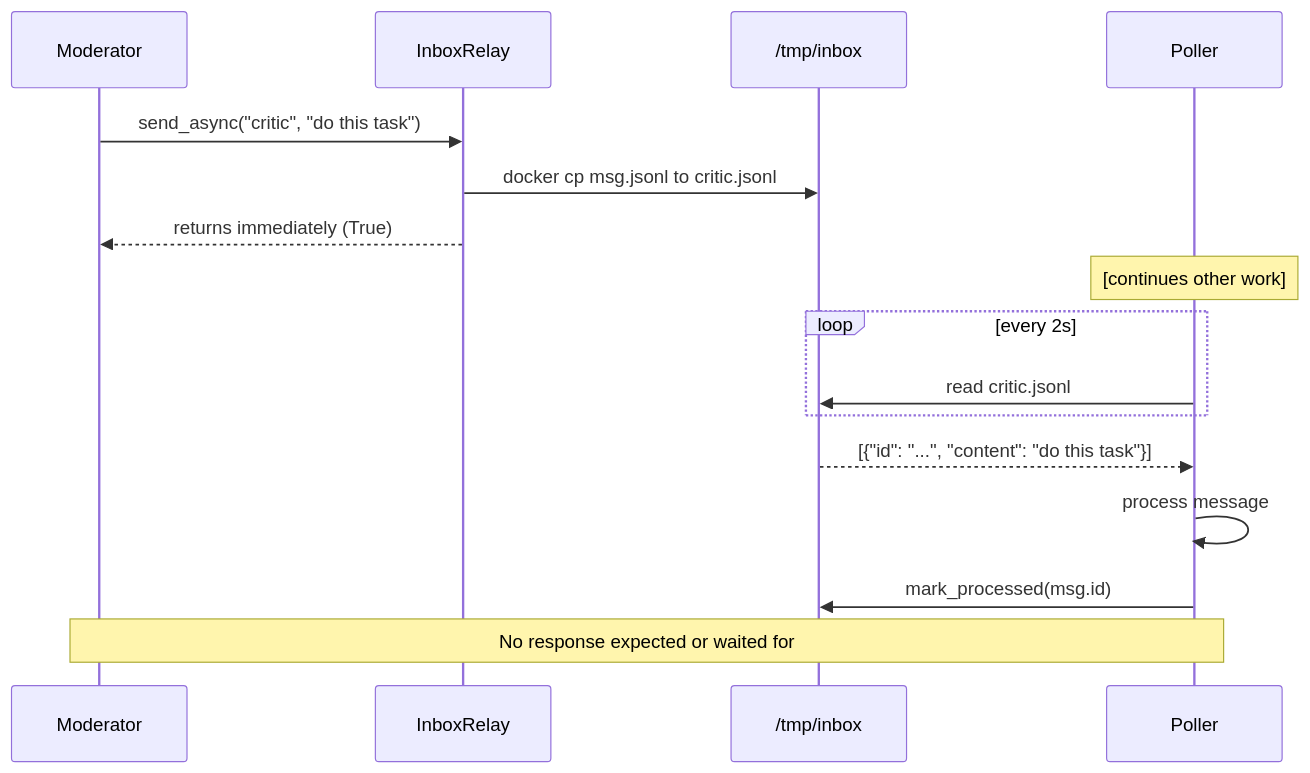
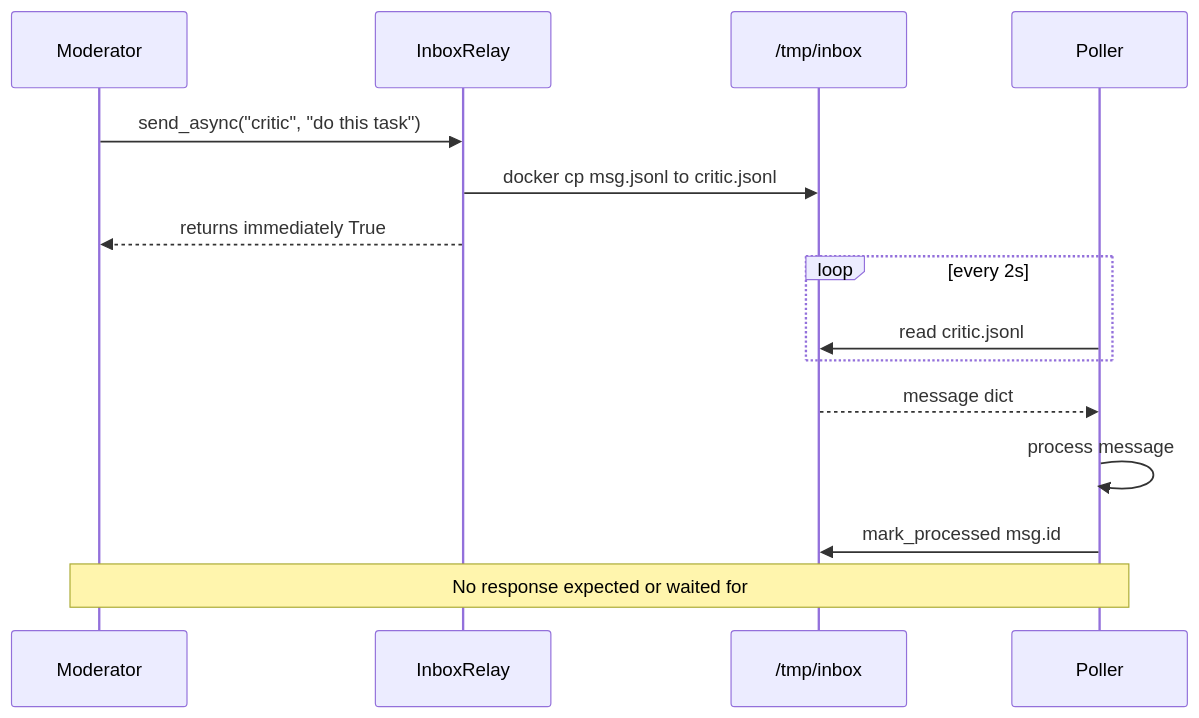
One commit to wangsen992/agentia changed the third of 6 diagrams in specs/005_relay_inbox_diagrams.md. Above: the diagram before and after it, drawn with Mermaid. The commit also changed other lines of this file, not shown here.

Commit message:
Rewrite diagrams file cleanly — fix Mermaid fence collision

````diff
--- a/specs/005_relay_inbox_diagrams.md
+++ b/specs/005_relay_inbox_diagrams.md
@@ -62,19 +55,18 @@
 ```mermaid
 sequenceDiagram
     participant M as Moderator
     participant IR as InboxRelay
     participant FS as /tmp/inbox
     participant P as Poller
 
     M->>IR: send_async("critic", "do this task")
     IR->>FS: docker cp msg.jsonl to critic.jsonl
-    IR-->>M: returns immediately (True)
-    Note over P: [continues other work]
+    IR-->>M: returns immediately True
     loop every 2s
         P->>FS: read critic.jsonl
     end
-    FS-->>P: [{"id": "...", "content": "do this task"}]
+    FS-->>P: message dict
     P->>P: process message
-    P->>FS: mark_processed(msg.id)
+    P->>FS: mark_processed msg.id
     Note over M,P: No response expected or waited for
 ```
````
